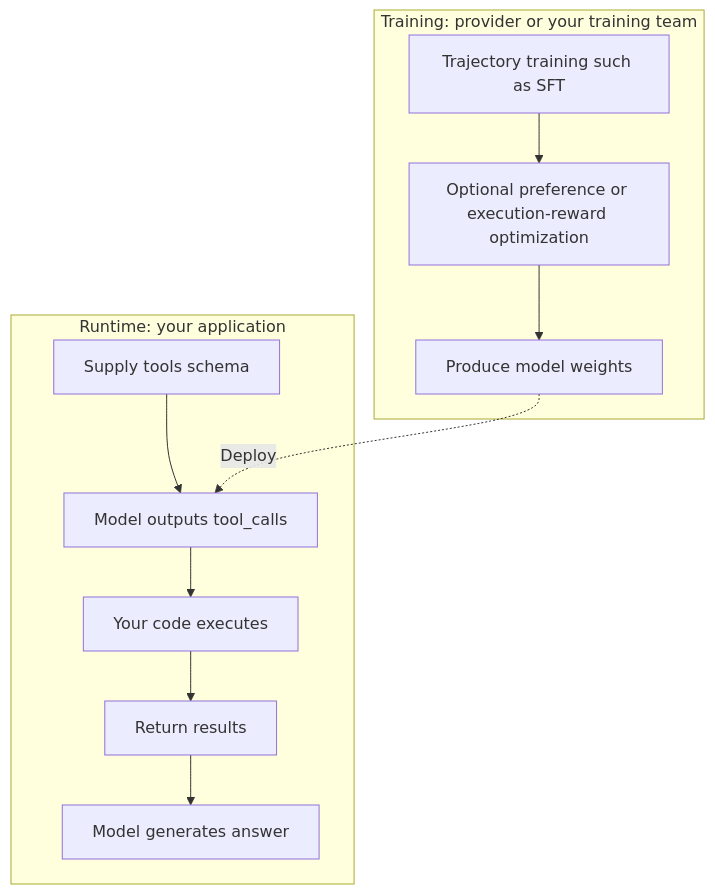
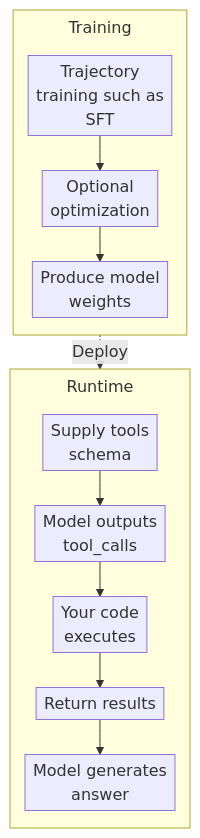
The fifth of 5 diagrams in docs/tools/01-function-calling/02-tool-learning.md (zongyangbigpolo/awesome-ai-roadmap), drawn with Mermaid before and after one commit. The commit also changed other lines of this file and 320 other files, not shown here.

First line of the commit message:
Prepare compact bilingual diagrams and centralized references for Kindle RC2

````diff
--- a/docs/tools/01-function-calling/02-tool-learning.md
+++ b/docs/tools/01-function-calling/02-tool-learning.md
@@ -188,13 +210,16 @@
 ```mermaid
+%%{init: {"flowchart": {"nodeSpacing": 10, "rankSpacing": 10, "padding": 4, "subGraphTitleMargin": {"top": 6, "bottom": 22}}}}%%
 flowchart TB
-    subgraph TRAIN["Training: provider or your training team"]
-        T1[Trajectory training such as SFT] --> T2[Optional preference or execution-reward optimization] --> T3[Produce model weights]
+    subgraph TRAIN["Training"]
+        direction TB
+        T1["Trajectory<br/>training such as<br/>SFT"] --> T2["Optional<br/>optimization"] --> T3["Produce model<br/>weights"]
     end
 
-    subgraph RUNTIME["Runtime: your application"]
-        R1[Supply tools schema] --> R2[Model outputs tool_calls]
-        R2 --> R3[Your code executes] --> R4[Return results] --> R5[Model generates answer]
+    subgraph RUNTIME["Runtime"]
+        direction TB
+        R1["Supply tools<br/>schema"] --> R2["Model outputs<br/>tool_calls"]
+        R2 --> R3["Your code<br/>executes"] --> R4["Return results"] --> R5["Model generates<br/>answer"]
     end
 
     T3 -.Deploy.-> R2
 ```
````
